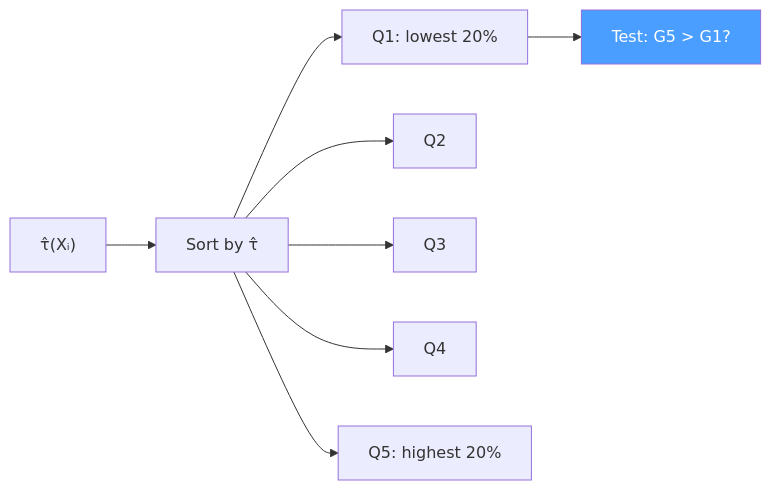
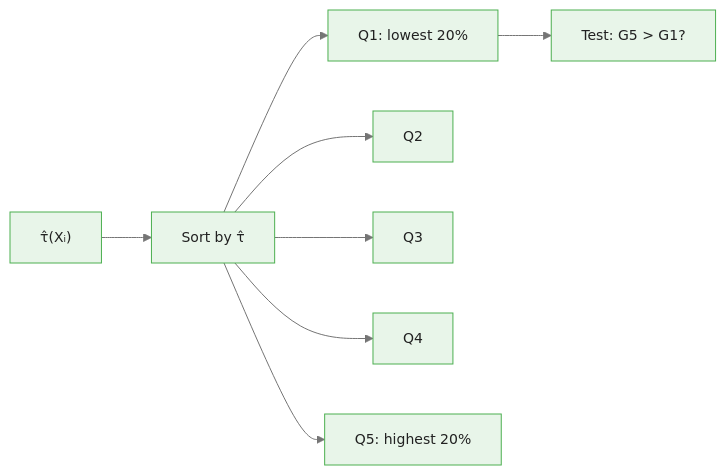
Before and after one commit to m-deane/course-creator: the second of 4 diagrams in courses/double-machine-learning/modules/module_08_heterogeneous_effects/guides/01_heterogeneous_effects_slides.md, drawn with Mermaid. The commit also changed other lines of this file and 40 other files, not shown here.

````diff
--- a/courses/double-machine-learning/modules/module_08_heterogeneous_effects/guides/01_heterogeneous_effects_slides.md
+++ b/courses/double-machine-learning/modules/module_08_heterogeneous_effects/guides/01_heterogeneous_effects_slides.md
@@ -124,11 +124,11 @@
 ```mermaid
+%%{init: {"theme": "base", "themeVariables": {"primaryColor": "#e8f5e9", "primaryBorderColor": "#4caf50", "primaryTextColor": "#212121", "secondaryColor": "#e3f2fd", "tertiaryColor": "#fff8e1", "lineColor": "#757575", "fontFamily": "Inter, sans-serif", "fontSize": "14px"}}}%%
 flowchart LR
     CATE["τ̂(Xᵢ)"] --> Sort["Sort by τ̂"]
     Sort --> G1["Q1: lowest 20%"]
     Sort --> G2["Q2"]
     Sort --> G3["Q3"]
     Sort --> G4["Q4"]
     Sort --> G5["Q5: highest 20%"]
     G1 --> Test["Test: G5 > G1?"]
-    style Test fill:#4a9eff,color:#fff
 ```
````
